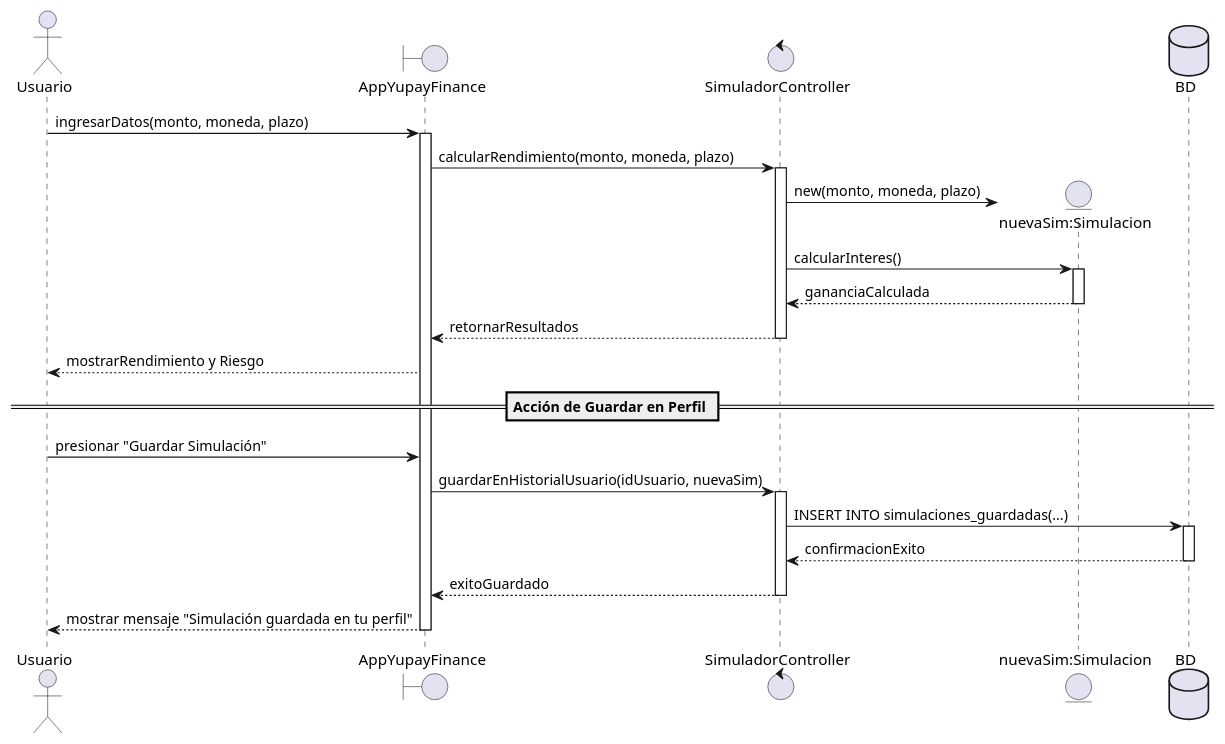
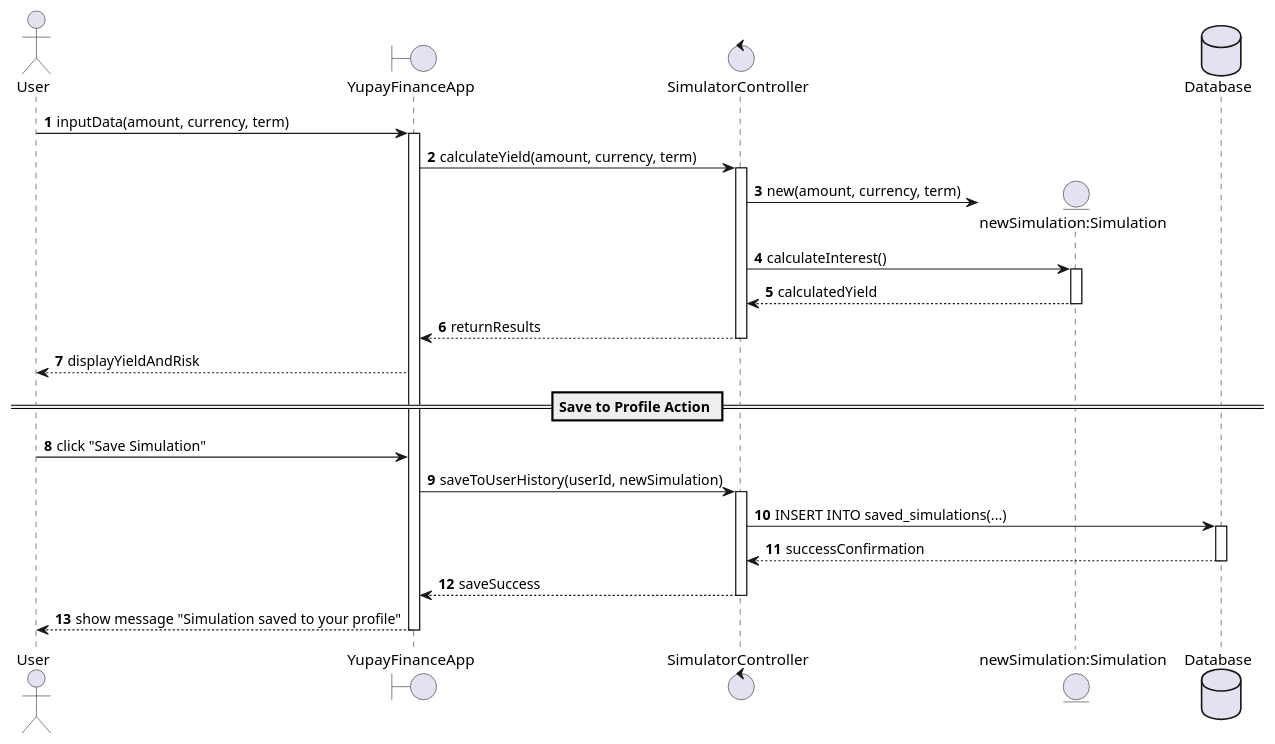
Before and after one commit to Rhoy16/yupay-finance-docs: the diagram in 2C.puml, drawn with PlantUML. The commit also changed 21 other files, not shown here.

Commit message:
Refactor UML diagrams: translate to English and apply standard naming conventions

```diff
--- a/2C.puml
+++ b/2C.puml
@@ -1,36 +1,39 @@
 @startuml
-actor Usuario
-boundary AppYupayFinance
-control SimuladorController
-entity "nuevaSim:Simulacion" as SimulacionObj
-database BD
+autonumber
 
-Usuario -> AppYupayFinance: ingresarDatos(monto, moneda, plazo)
-activate AppYupayFinance
-AppYupayFinance -> SimuladorController: calcularRendimiento(monto, moneda, plazo)
-activate SimuladorController
+actor User as usr
+boundary YupayFinanceApp as app
+control SimulatorController as ctrl
+entity "newSimulation:Simulation" as SimulationObj
+database Database as db
 
-create SimulacionObj
-SimuladorController -> SimulacionObj: new(monto, moneda, plazo)
-SimuladorController -> SimulacionObj: calcularInteres()
-activate SimulacionObj
-SimulacionObj --> SimuladorController: gananciaCalculada
-deactivate SimulacionObj
+usr -> app: inputData(amount, currency, term)
+activate app
+app -> ctrl: calculateYield(amount, currency, term)
+activate ctrl
 
-SimuladorController --> AppYupayFinance: retornarResultados
-deactivate SimuladorController
-AppYupayFinance --> Usuario: mostrarRendimiento y Riesgo
+create SimulationObj
+ctrl -> SimulationObj: new(amount, currency, term)
+ctrl -> SimulationObj: calculateInterest()
+activate SimulationObj
+SimulationObj --> ctrl: calculatedYield
+deactivate SimulationObj
 
-== Acción de Guardar en Perfil ==
-Usuario -> AppYupayFinance: presionar "Guardar Simulación"
-AppYupayFinance -> SimuladorController: guardarEnHistorialUsuario(idUsuario, nuevaSim)
-activate SimuladorController
-SimuladorController -> BD: INSERT INTO simulaciones_guardadas(...)
-activate BD
-BD --> SimuladorController: confirmacionExito
-deactivate BD
-SimuladorController --> AppYupayFinance: exitoGuardado
-deactivate SimuladorController
-AppYupayFinance --> Usuario: mostrar mensaje "Simulación guardada en tu perfil"
-deactivate AppYupayFinance
-@endum
+ctrl --> app: returnResults
+deactivate ctrl
+app --> usr: displayYieldAndRisk
+
+== Save to Profile Action ==
+usr -> app: click "Save Simulation"
+app -> ctrl: saveToUserHistory(userId, newSimulation)
+activate ctrl
+ctrl -> db: INSERT INTO saved_simulations(...)
+activate db
+db --> ctrl: successConfirmation
+deactivate db
+ctrl --> app: saveSuccess
+deactivate ctrl
+app --> usr: show message "Simulation saved to your profile"
+deactivate app
+
+@enduml
```
